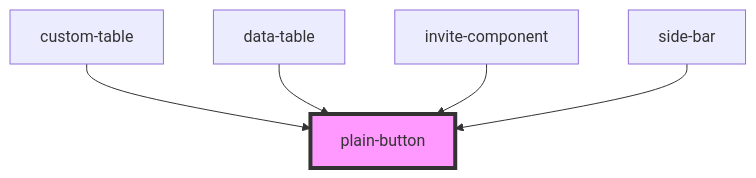
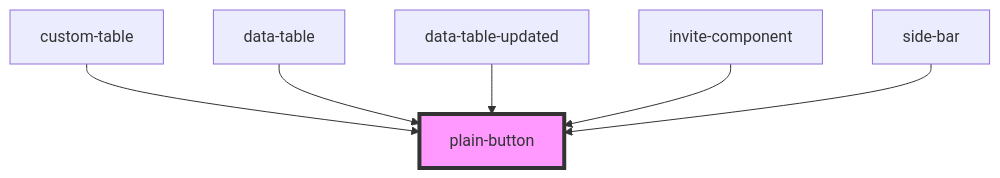
Before and after one commit to techvariable/NeptuneConnectComponents: the diagram in src/components/plain-button/readme.md, drawn with Mermaid. The commit also changed other lines of this file and 21 other files, not shown here.

````diff
--- a/src/components/plain-button/readme.md
+++ b/src/components/plain-button/readme.md
@@ -31,8 +32,9 @@
 ```mermaid
 graph TD;
   custom-table --> plain-button
   data-table --> plain-button
+  data-table-updated --> plain-button
   invite-component --> plain-button
   side-bar --> plain-button
   style plain-button fill:#f9f,stroke:#333,stroke-width:4px
 ```
````
